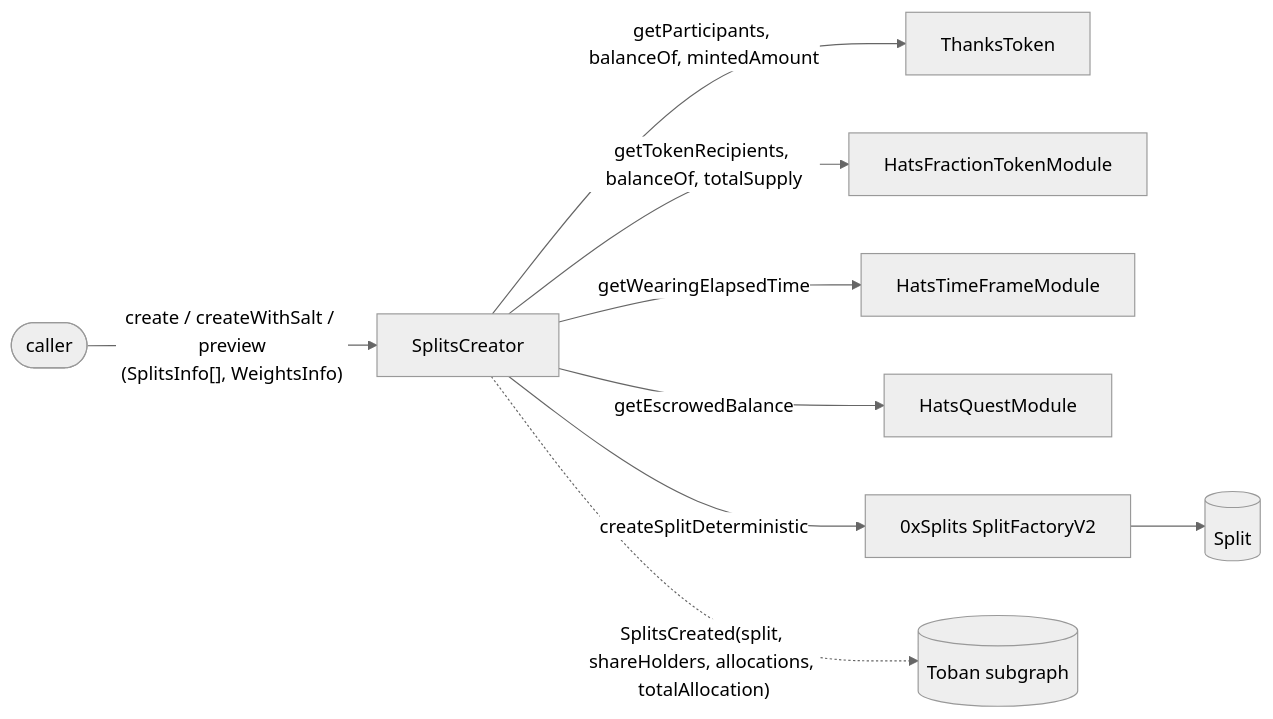
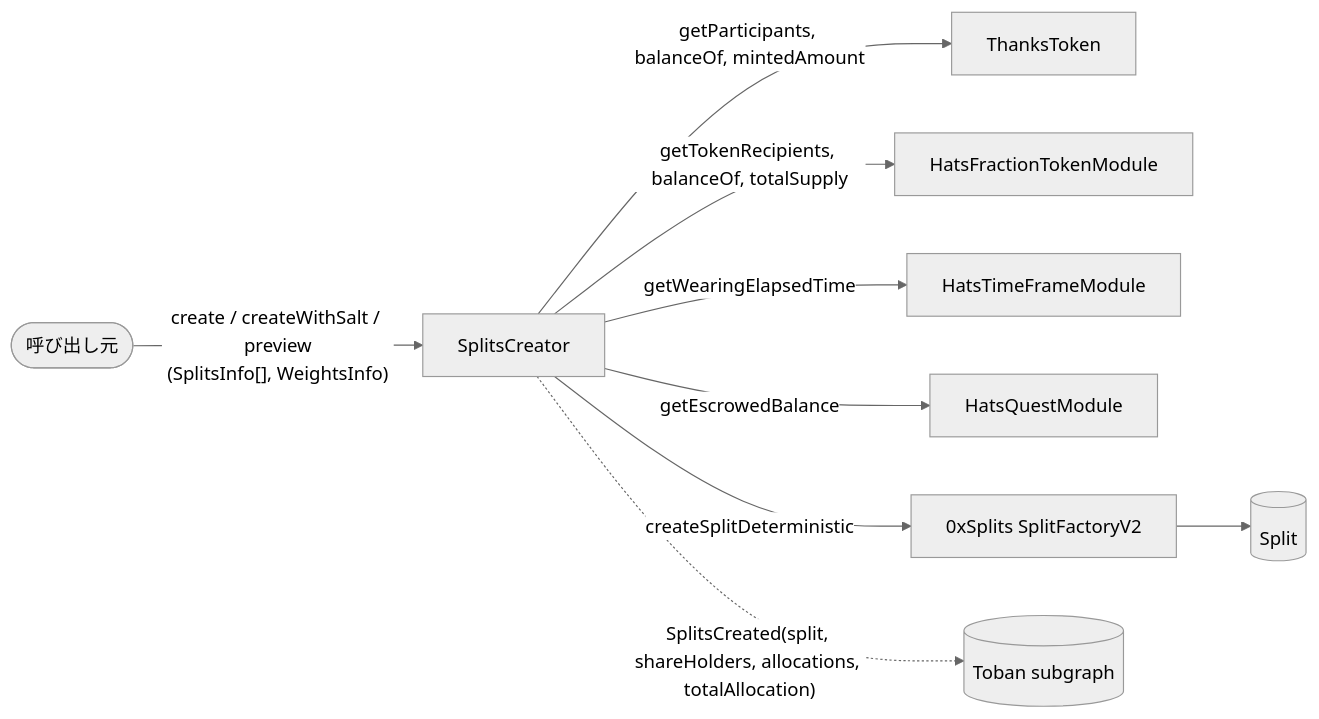
Before and after one commit to hackdays-io/toban: the diagram in pkgs/document/docs/protocol/modules/splits-creator.md, drawn with Mermaid (neutral theme). The commit also changed other lines of this file and 16 other files, not shown here.

````diff
--- a/pkgs/document/docs/protocol/modules/splits-creator.md
+++ b/pkgs/document/docs/protocol/modules/splits-creator.md
@@ -20,11 +20,11 @@
 ```mermaid
 flowchart LR
-  caller([caller]) -- "create / createWithSalt / preview<br/>(SplitsInfo[], WeightsInfo)" --> SC[SplitsCreator]
+  caller([呼び出し元]) -- "create / createWithSalt / preview<br/>(SplitsInfo[], WeightsInfo)" --> SC[SplitsCreator]
   SC -- "getParticipants, balanceOf, mintedAmount" --> TT[ThanksToken]
   SC -- "getTokenRecipients, balanceOf, totalSupply" --> FT[HatsFractionTokenModule]
   SC -- "getWearingElapsedTime" --> TF[HatsTimeFrameModule]
   SC -- "getEscrowedBalance" --> QM[HatsQuestModule]
   SC -- "createSplitDeterministic" --> SF[0xSplits SplitFactoryV2]
   SF --> S[(Split)]
   SC -. "SplitsCreated(split, shareHolders, allocations, totalAllocation)" .-> SG[(Toban subgraph)]
 ```
````
